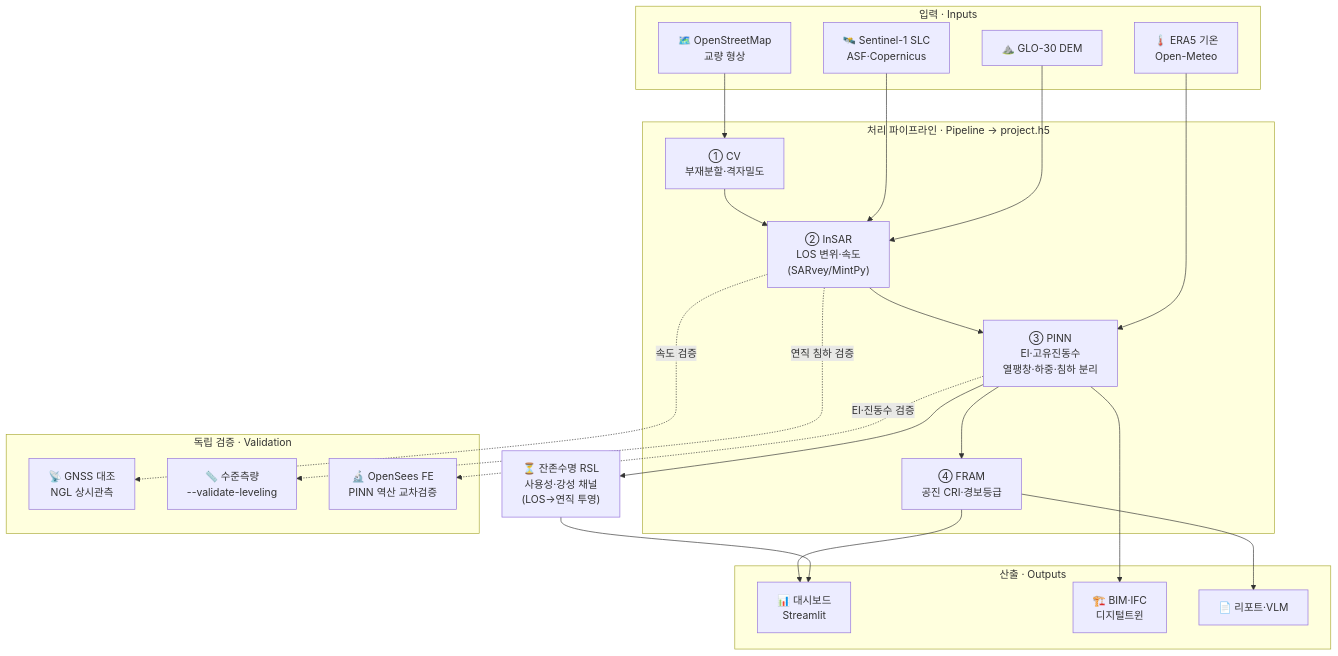
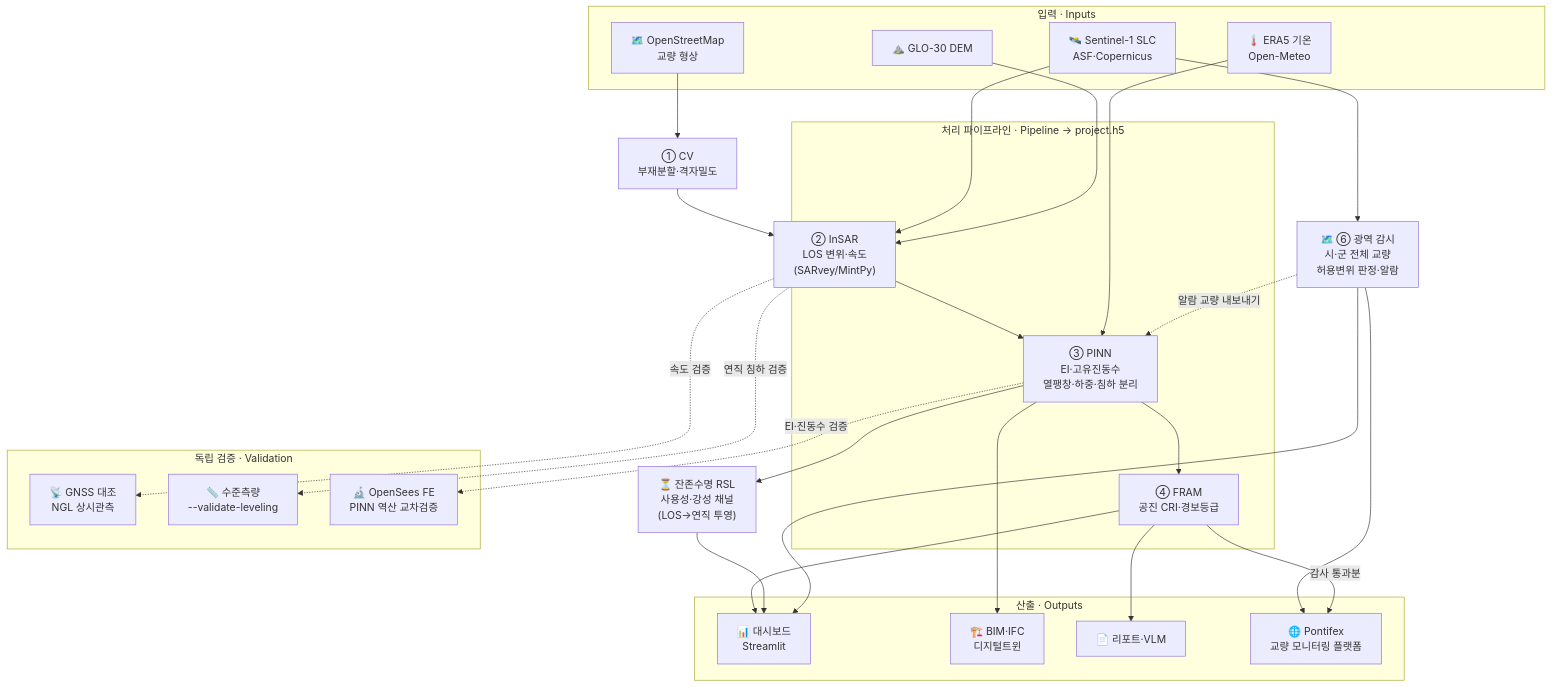
One commit to tjddnr8334-sudo/inframon changed the diagram in README.md. Above: the diagram before and after it, drawn with Mermaid. The commit also changed other lines of this file and 5 other files, not shown here.

First line of the commit message:
fix(dashboard): ⑥ 광역 모니터링 탭 ImportError 수정 · README 첫 화면을 광역 감시·Pontifex 전송에 맞춤

````diff
--- a/README.md
+++ b/README.md
@@ -79,44 +81,51 @@
 ```mermaid
 flowchart TB
   subgraph IN[" 입력 · Inputs "]
     S1["🛰️ Sentinel-1 SLC<br/>ASF·Copernicus"]
     DEM["⛰️ GLO-30 DEM"]
     ERA["🌡️ ERA5 기온<br/>Open-Meteo"]
     OSM["🗺️ OpenStreetMap<br/>교량 형상"]
   end
 
   subgraph PROC[" 처리 파이프라인 · Pipeline → project.h5 "]
     CV["① CV<br/>부재분할·격자밀도"]
     INS["② InSAR<br/>LOS 변위·속도<br/>(SARvey/MintPy)"]
     PINN["③ PINN<br/>EI·고유진동수<br/>열팽창·하중·침하 분리"]
     FRAM["④ FRAM<br/>공진 CRI·경보등급"]
     CV --> INS --> PINN --> FRAM
   end
 
   RSL["⏳ 잔존수명 RSL<br/>사용성·강성 채널<br/>(LOS→연직 투영)"]
+  REG["🗺️ ⑥ 광역 감시<br/>시·군 전체 교량<br/>허용변위 판정·알람"]
 
   subgraph VAL[" 독립 검증 · Validation "]
     GNSS["📡 GNSS 대조<br/>NGL 상시관측"]
     LVL["📏 수준측량<br/>--validate-leveling"]
     OS["🔬 OpenSees FE<br/>PINN 역산 교차검증"]
   end
 
   subgraph OUT[" 산출 · Outputs "]
     DASH["📊 대시보드<br/>Streamlit"]
     BIM["🏗️ BIM·IFC<br/>디지털트윈"]
     REP["📄 리포트·VLM"]
+    PX["🌐 Pontifex<br/>교량 모니터링 플랫폼"]
   end
 
   S1 --> INS
   DEM --> INS
   OSM --> CV
   ERA --> PINN
   PINN --> RSL
   INS -. 속도 검증 .-> GNSS
   INS -. 연직 침하 검증 .-> LVL
   PINN -. EI·진동수 검증 .-> OS
   FRAM --> DASH
   RSL --> DASH
   PINN --> BIM
   FRAM --> REP
+  S1 --> REG
+  REG -. 알람 교량 내보내기 .-> PINN
+  REG --> DASH
+  REG --> PX
+  FRAM -- 감사 통과분 --> PX
 ```
````
